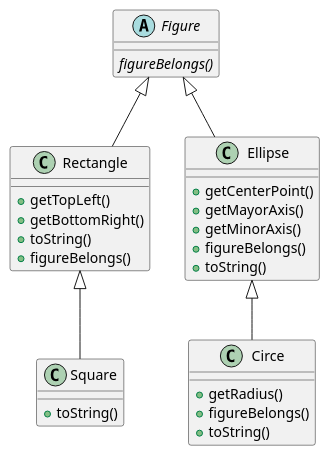
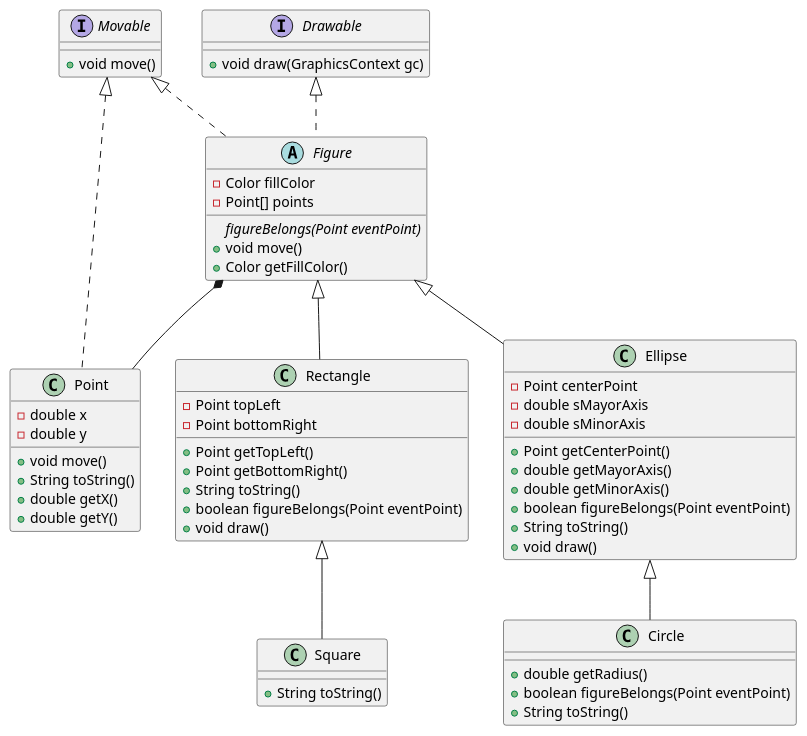
Before and after one commit to LosProgramasdeLepo/TPE-POO: the diagram in src/umls/FigureClasses.puml, drawn with PlantUML. The commit also changed 1 other file, not shown here.

Commit message:
UML update

```diff
--- a/src/umls/FigureClasses.puml
+++ b/src/umls/FigureClasses.puml
@@ -1,31 +1,58 @@
 @startuml
 'https://plantuml.com/class-diagram
 
-abstract class Figure{
+class Point implements Movable{
+    - double x
+    - double y
+    + void move()
+    + String toString()
+    + double getX()
+    + double getY()
+}
+Figure *-- Point
+abstract class Figure implements Movable, Drawable{
+- Color fillColor
+- Point[] points
 
-{abstract} figureBelongs()
+{abstract} figureBelongs(Point eventPoint)
++ void move()
++ Color getFillColor()
 }
 class Rectangle extends Figure{
-+ getTopLeft()
-+ getBottomRight()
-+ toString()
-+ figureBelongs()
+- Point topLeft
+- Point bottomRight
++ Point getTopLeft()
++ Point getBottomRight()
++ String toString()
++ boolean figureBelongs(Point eventPoint)
++ void draw()
 }
 class Square extends Rectangle{
-+ toString()
++ String toString()
 }
 class Ellipse extends Figure{
-   + getCenterPoint()
-   + getMayorAxis()
-   + getMinorAxis()
-   + figureBelongs()
-   + toString()
+    - Point centerPoint
+    - double sMayorAxis
+    -double sMinorAxis
+   + Point getCenterPoint()
+   + double getMayorAxis()
+   + double getMinorAxis()
+   + boolean figureBelongs(Point eventPoint)
+   + String toString()
+   + void draw()
 }
-class Circe extends Ellipse{
-   + getRadius()
-   + figureBelongs()
-   + toString()
+class Circle extends Ellipse{
+   + double getRadius()
+   + boolean figureBelongs(Point eventPoint)
+   + String toString()
+}
+
+interface Movable{
++ void move()
+}
+interface Drawable{
++ void draw(GraphicsContext gc)
 }
 
 
 @enduml
```
